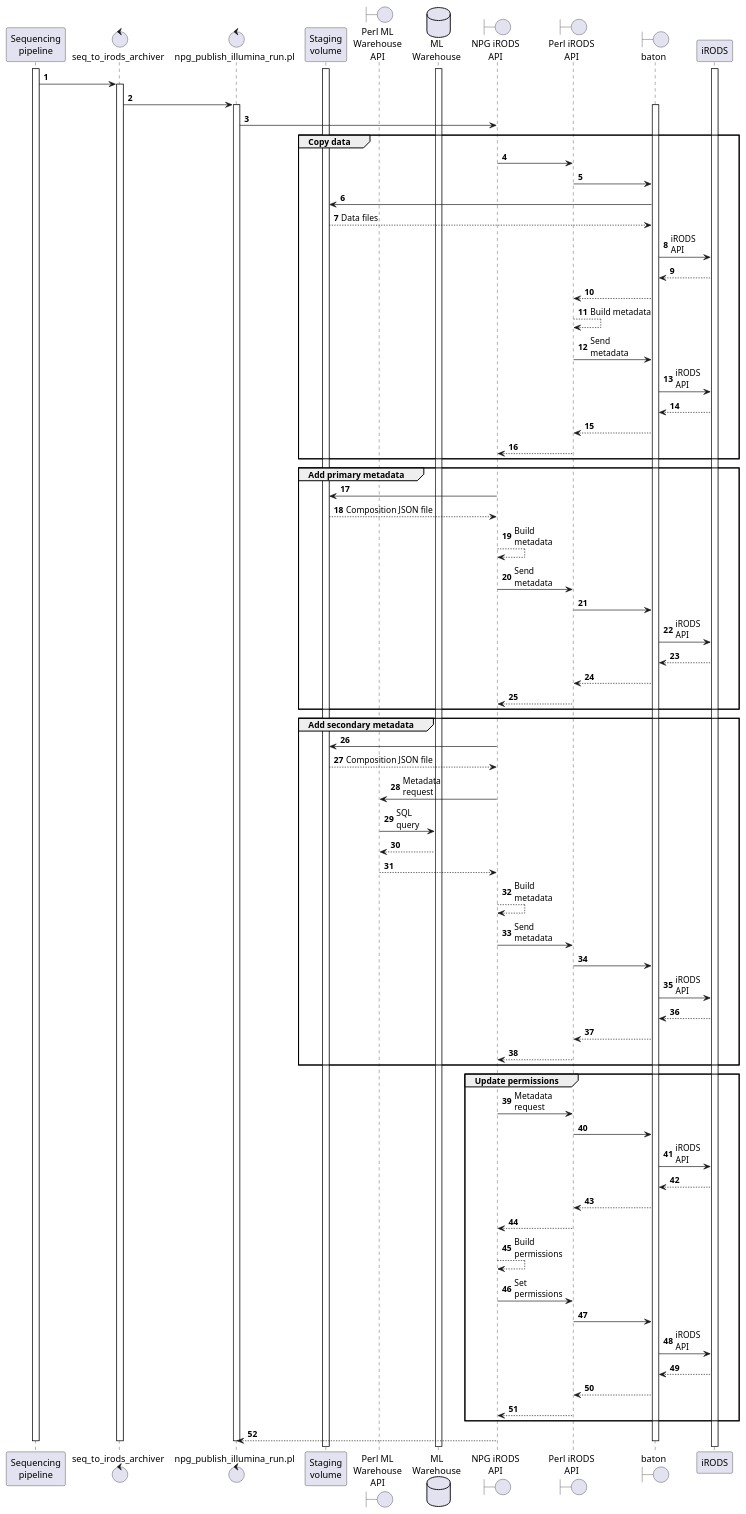
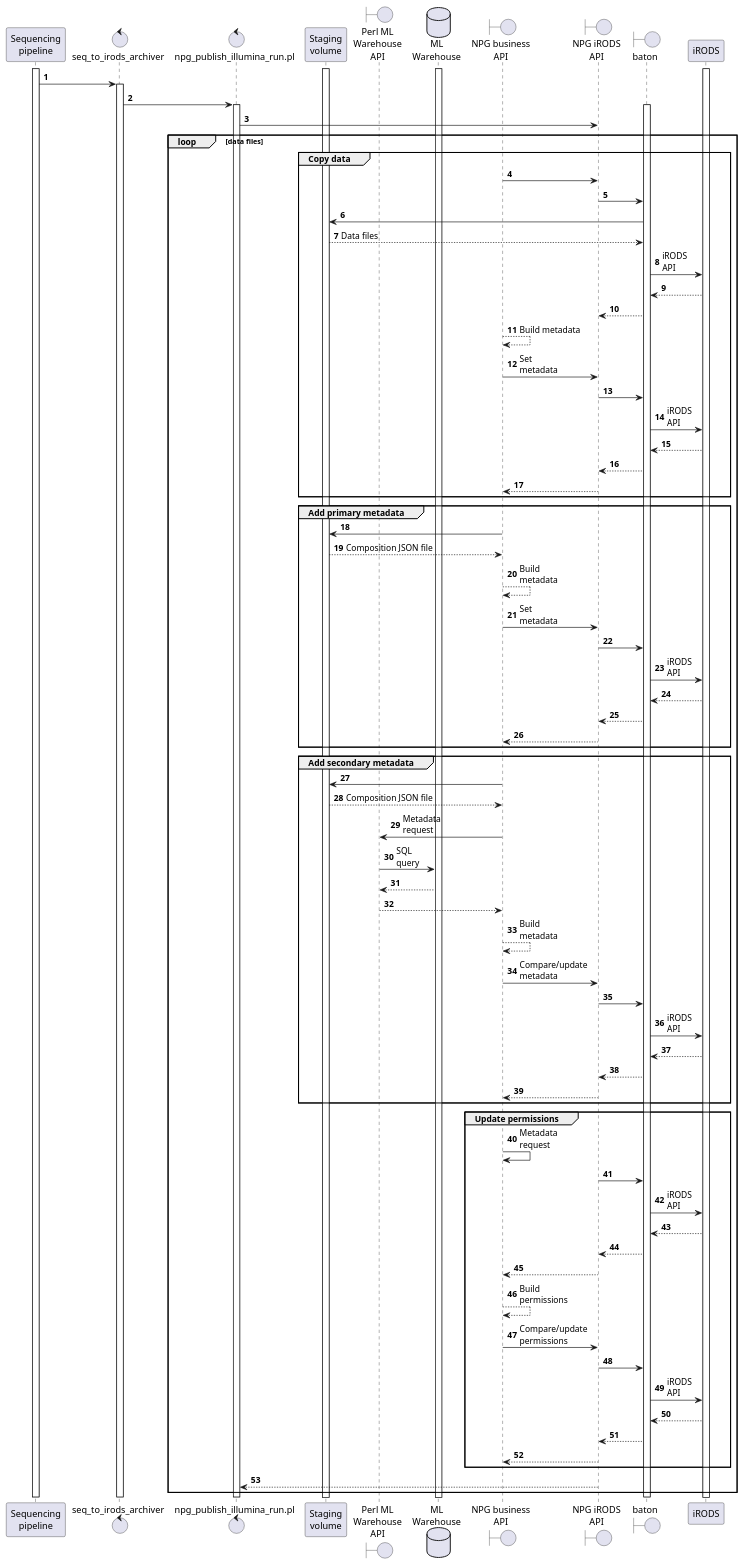
Before and after one commit to wtsi-npg/npg_irods: the diagram in doc/diagrams/publish_illumina_run.puml, drawn with PlantUML. The commit also changed 4 other files, not shown here.

First line of the commit message:
Update iRODS publish sequence diagrams

```diff
--- a/doc/diagrams/publish_illumina_run.puml
+++ b/doc/diagrams/publish_illumina_run.puml
@@ -1,100 +1,109 @@
 @startuml
 'https://plantuml.com/sequence-diagram
 
 autonumber
 
 participant "Sequencing\npipeline" as seqpipe
 control "seq_to_irods_archiver" as archiver
 control "npg_publish_illumina_run.pl" as publish_illumina_run
 participant "Staging\nvolume" as staging
 boundary "Perl ML\nWarehouse\nAPI" as perl_mlwh_api
 database "ML\nWarehouse" as mlwh
+boundary "NPG business\nAPI" as npg_business_api
 boundary "NPG iRODS\nAPI" as npg_irods_api
-boundary "Perl iRODS\nAPI" as perl_irods_api
 boundary "baton" as baton
 participant "iRODS" as irods
 
 activate mlwh
 activate irods
 activate staging
 activate seqpipe
 
 seqpipe -> archiver
 activate archiver
 archiver -> publish_illumina_run
 activate publish_illumina_run
 activate baton
 
 publish_illumina_run -> npg_irods_api
 
+loop data files
+
 group Copy data
-npg_irods_api -> perl_irods_api
-perl_irods_api -> baton
+npg_business_api -> npg_irods_api
+npg_irods_api -> baton
 baton -> staging
 staging --> baton : Data files
 baton -> irods : iRODS\nAPI
 irods --> baton
-baton --> perl_irods_api
+baton --> npg_irods_api
 
-perl_irods_api --> perl_irods_api : Build metadata
-perl_irods_api -> baton : Send\nmetadata
+npg_business_api --> npg_business_api : Build metadata
+
+npg_business_api -> npg_irods_api : Set \nmetadata
+npg_irods_api -> baton
 baton -> irods : iRODS\nAPI
 irods --> baton
-baton --> perl_irods_api
-perl_irods_api --> npg_irods_api
+baton --> npg_irods_api
+npg_irods_api --> npg_business_api
 end
 
 group Add primary metadata
-npg_irods_api -> staging
-staging --> npg_irods_api : Composition JSON file
-npg_irods_api --> npg_irods_api : Build\nmetadata
-npg_irods_api -> perl_irods_api : Send\nmetadata
-perl_irods_api -> baton
+npg_business_api -> staging
+staging --> npg_business_api : Composition JSON file
+npg_business_api --> npg_business_api : Build\nmetadata
+
+npg_business_api -> npg_irods_api : Set\nmetadata
+npg_irods_api -> baton
 baton -> irods : iRODS\nAPI
 irods --> baton
-baton --> perl_irods_api
-perl_irods_api --> npg_irods_api
-end
+baton --> npg_irods_api
+npg_irods_api --> npg_business_api
+end group
 
 group Add secondary metadata
-npg_irods_api -> staging
-staging --> npg_irods_api : Composition JSON file
-npg_irods_api -> perl_mlwh_api : Metadata\nrequest
+npg_business_api -> staging
+staging --> npg_business_api : Composition JSON file
+npg_business_api -> perl_mlwh_api : Metadata\nrequest
 perl_mlwh_api -> mlwh : SQL\nquery
 mlwh --> perl_mlwh_api
-perl_mlwh_api --> npg_irods_api
+perl_mlwh_api --> npg_business_api
 
-npg_irods_api --> npg_irods_api : Build\nmetadata
-npg_irods_api -> perl_irods_api : Send\nmetadata
-perl_irods_api -> baton
+npg_business_api --> npg_business_api : Build\nmetadata
+
+npg_business_api -> npg_irods_api : Compare/update\nmetadata
+npg_irods_api -> baton
 baton -> irods : iRODS\nAPI
 irods --> baton
-baton --> perl_irods_api
-perl_irods_api --> npg_irods_api
-end
+baton --> npg_irods_api
+npg_irods_api --> npg_business_api
+end group
 
 group Update permissions
-npg_irods_api -> perl_irods_api : Metadata\nrequest
-perl_irods_api -> baton
+npg_business_api -> npg_business_api : Metadata\nrequest
+npg_irods_api -> baton
 baton -> irods : iRODS\nAPI
 irods --> baton
-baton --> perl_irods_api
-perl_irods_api --> npg_irods_api
+baton --> npg_irods_api
+npg_irods_api --> npg_business_api
 
-npg_irods_api --> npg_irods_api : Build\npermissions
-npg_irods_api -> perl_irods_api : Set\npermissions
-perl_irods_api -> baton
+npg_business_api --> npg_business_api : Build\npermissions
+
+npg_business_api -> npg_irods_api : Compare/update\npermissions
+npg_irods_api -> baton
 baton -> irods : iRODS\nAPI
 irods --> baton
-baton --> perl_irods_api
-perl_irods_api --> npg_irods_api
-end
+baton --> npg_irods_api
+npg_irods_api --> npg_business_api
+end group
 
 npg_irods_api --> publish_illumina_run
+
+end
 
 deactivate baton
 deactivate publish_illumina_run
 deactivate archiver
 deactivate seqpipe
 
 @enduml
```
